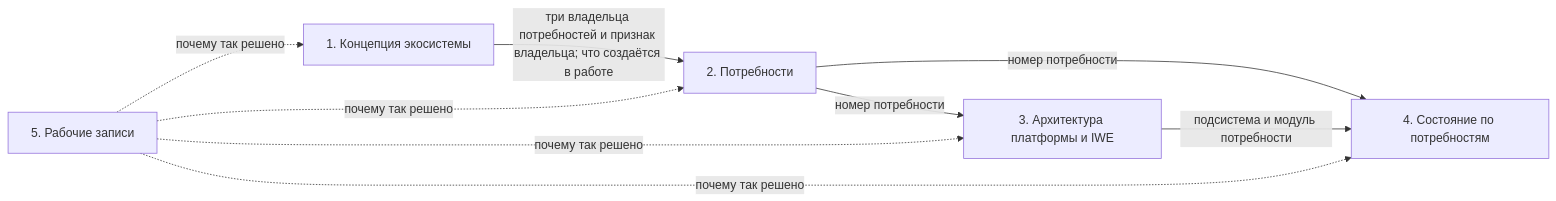
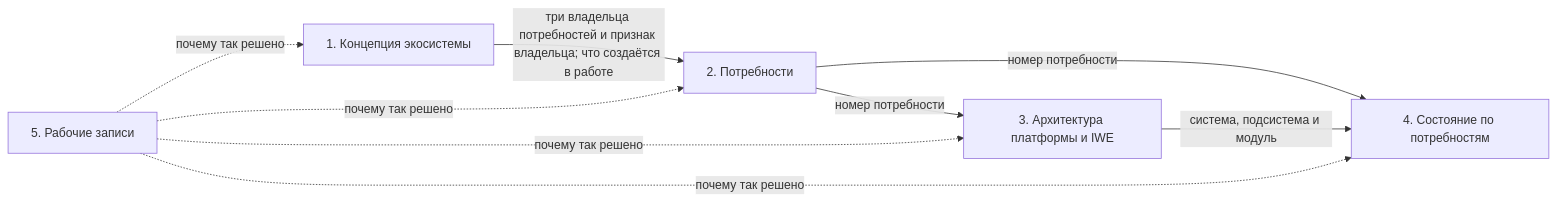
One commit to MimEcoSys/PACK-ecosystem changed the diagram in pack/ecosystem/07-map/ECO.MAP.003-five-documents.md. Above: the diagram before and after it, drawn with Mermaid. The commit also changed other lines of this file and 2 other files, not shown here.

````diff
--- a/pack/ecosystem/07-map/ECO.MAP.003-five-documents.md
+++ b/pack/ecosystem/07-map/ECO.MAP.003-five-documents.md
@@ -106,16 +106,16 @@
 ```mermaid
 flowchart LR
     D1["1. Концепция экосистемы"]
     D2["2. Потребности"]
     D3["3. Архитектура платформы и IWE"]
     D4["4. Состояние по потребностям"]
     D5["5. Рабочие записи"]
     D1 -- "три владельца потребностей и признак владельца; что создаётся в работе" --> D2
     D2 -- "номер потребности" --> D3
     D2 -- "номер потребности" --> D4
-    D3 -- "подсистема и модуль потребности" --> D4
+    D3 -- "система, подсистема и модуль" --> D4
     D5 -. "почему так решено" .-> D1
     D5 -. "почему так решено" .-> D2
     D5 -. "почему так решено" .-> D3
     D5 -. "почему так решено" .-> D4
 ```
````
